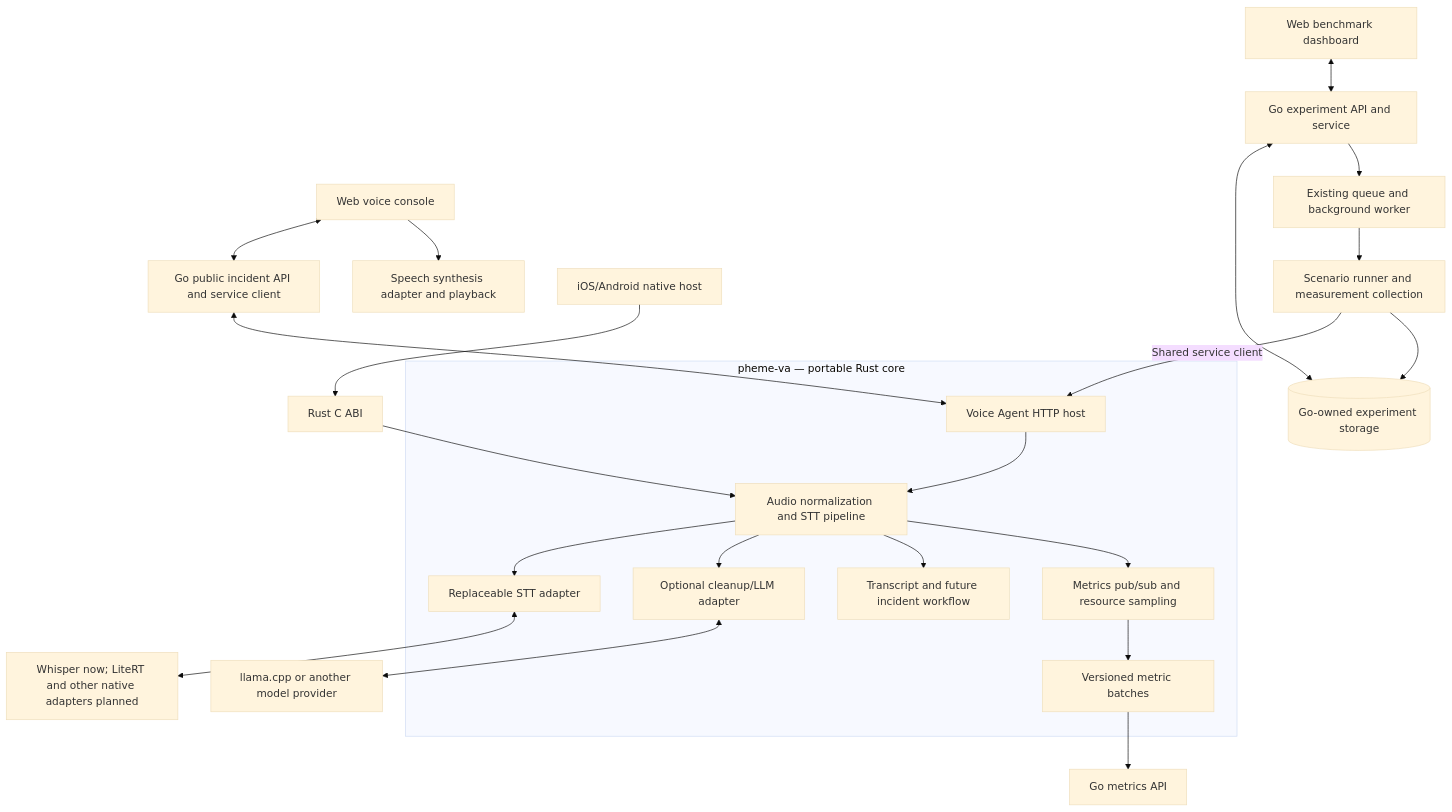
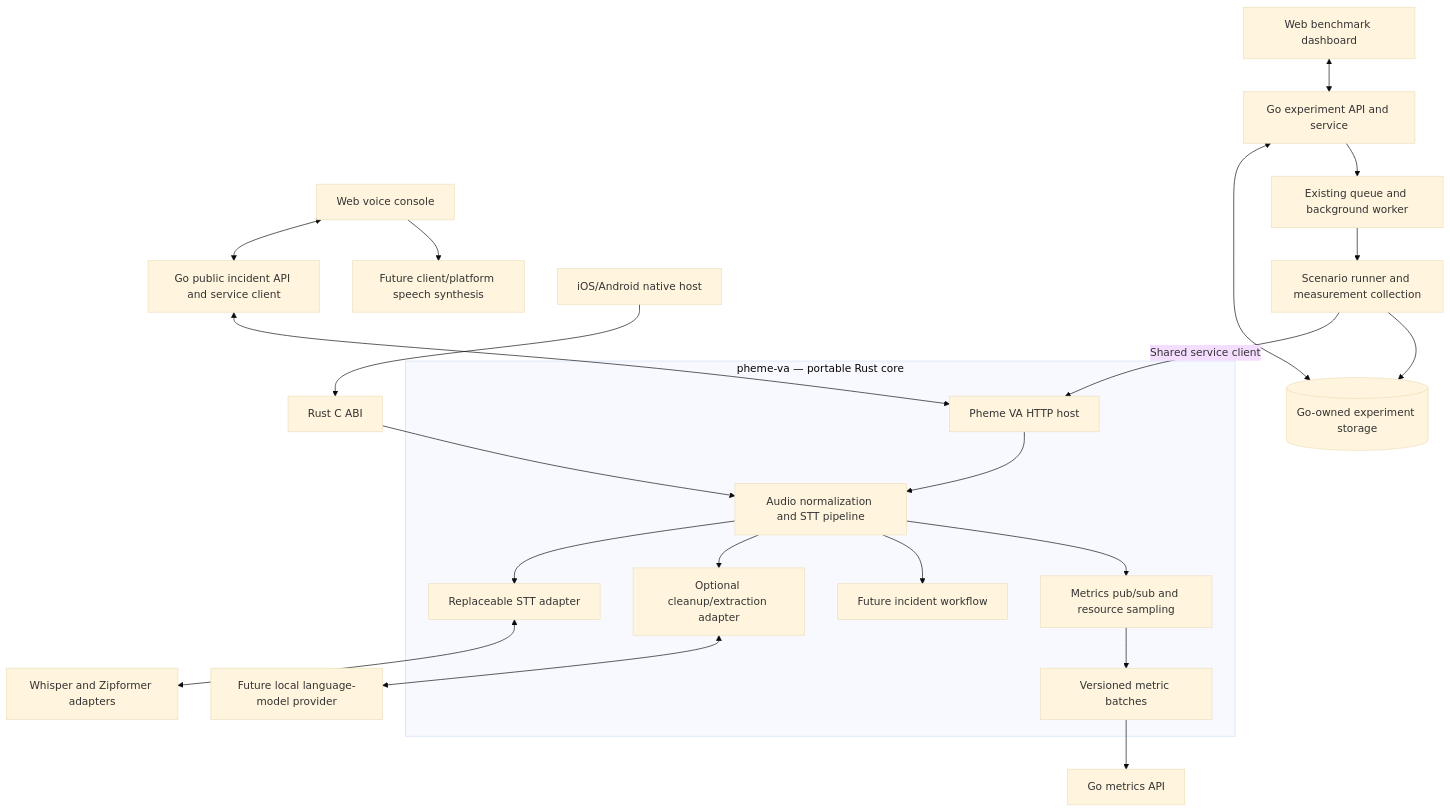
Before and after one commit to CharlieQuirkFYP/agentic-lab: the first of 2 diagrams in docs/architecture.md, drawn with Mermaid (base theme). The commit also changed other lines of this file and 8 other files, not shown here.

````diff
--- a/docs/architecture.md
+++ b/docs/architecture.md
@@ -15,25 +38,25 @@
 ```mermaid
 flowchart TD
     Client[Web voice console] <--> Go[Go public incident API and service client]
     Dashboard[Web benchmark dashboard] <--> Experiments[Go experiment API and service]
     Experiments <--> Results[(Go-owned experiment storage)]
     Experiments --> Queue[Existing queue and background worker]
     Queue --> Runner[Scenario runner and measurement collection]
     Runner -->|Shared service client| AgentAPI
-    Go <--> AgentAPI[Voice Agent HTTP host]
+    Go <--> AgentAPI[Pheme VA HTTP host]
     subgraph RustAgent[pheme-va — portable Rust core]
         AgentAPI --> Core[Audio normalization and STT pipeline]
         Core --> STTAdapter[Replaceable STT adapter]
-        Core --> LLMAdapter[Optional cleanup/LLM adapter]
-        Core --> Draft[Transcript and future incident workflow]
+        Core --> LLMAdapter[Optional cleanup/extraction adapter]
+        Core --> Draft[Future incident workflow]
         Core --> Metrics[Metrics pub/sub and resource sampling]
         Metrics --> Batch[Versioned metric batches]
     end
     Batch --> GoMetrics[Go metrics API]
-    STTAdapter <--> STTRuntimes[Whisper now; LiteRT and other native adapters planned]
-    LLMAdapter <--> LLM[llama.cpp or another model provider]
+    STTAdapter <--> STTRuntimes[Whisper and Zipformer adapters]
+    LLMAdapter <--> LLM[Future local language-model provider]
     Mobile[iOS/Android native host] --> FFI[Rust C ABI]
     FFI --> Core
-    Client --> TTS[Speech synthesis adapter and playback]
+    Client --> TTS[Future client/platform speech synthesis]
     Runner --> Results
 ```
````
